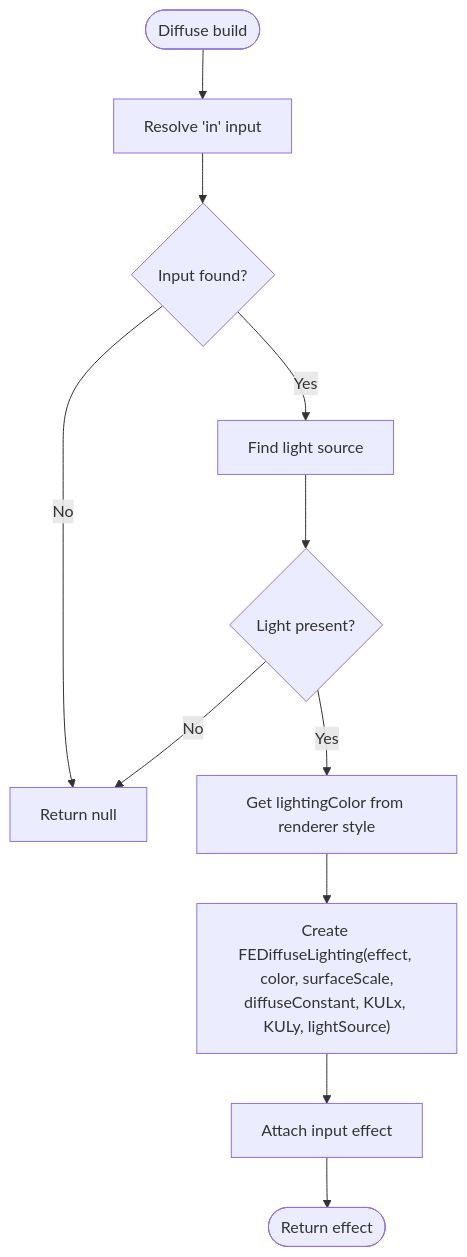
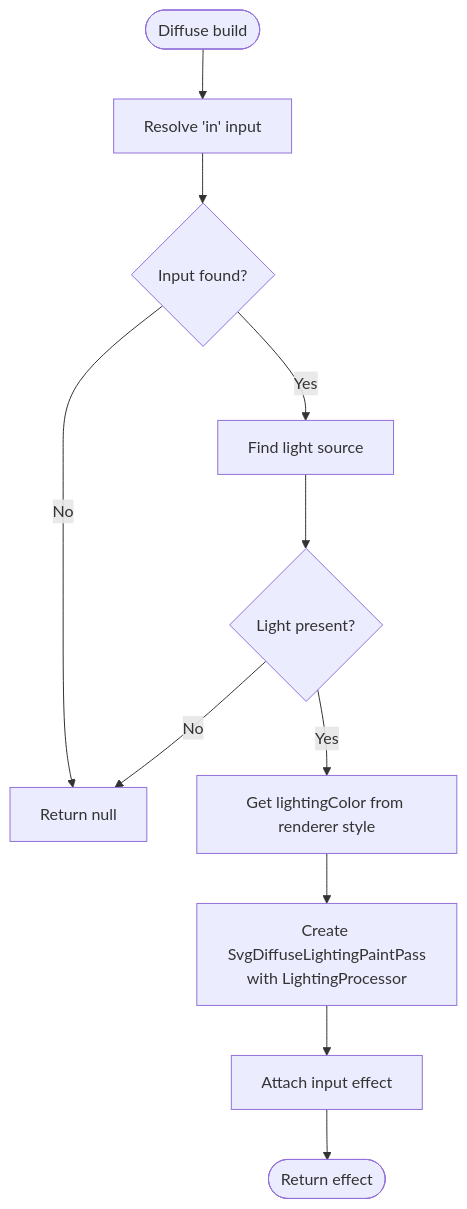
One commit to denisnadey/flutter_full_svg_support changed the fourth of 7 diagrams in .qoder/repowiki/en/content/Animated SVG Support/Advanced Animation Features/SVG Filters and Effects/Lighting and Surface Effects/Lighting and Surface Effects.md. Above: the diagram before and after it, drawn with Mermaid. The commit also changed other lines of this file and 15 other files, not shown here.

````diff
--- a/.qoder/repowiki/en/content/Animated SVG Support/Advanced Animation Features/SVG Filters and Effects/Lighting and Surface Effects/Lighting and Surface Effects.md
+++ b/.qoder/repowiki/en/content/Animated SVG Support/Advanced Animation Features/SVG Filters and Effects/Lighting and Surface Effects/Lighting and Surface Effects.md
@@ -149,13 +215,13 @@
 ```mermaid
 flowchart TD
 Start(["Diffuse build"]) --> GetIn["Resolve 'in' input"]
 GetIn --> HasIn{"Input found?"}
 HasIn --> |No| Fail["Return null"]
 HasIn --> |Yes| FindLight["Find light source"]
 FindLight --> HasLight{"Light present?"}
 HasLight --> |No| Fail
 HasLight --> |Yes| GetColor["Get lightingColor from renderer style"]
-GetColor --> CreateEffect["Create FEDiffuseLighting(effect, color, surfaceScale,<br/>diffuseConstant, KULx, KULy, lightSource)"]
-CreateEffect --> Attach["Attach input effect"]
+GetColor --> CreatePass["Create SvgDiffuseLightingPaintPass<br/>with LightingProcessor"]
+CreatePass --> Attach["Attach input effect"]
 Attach --> Done(["Return effect"])
 ```
````
